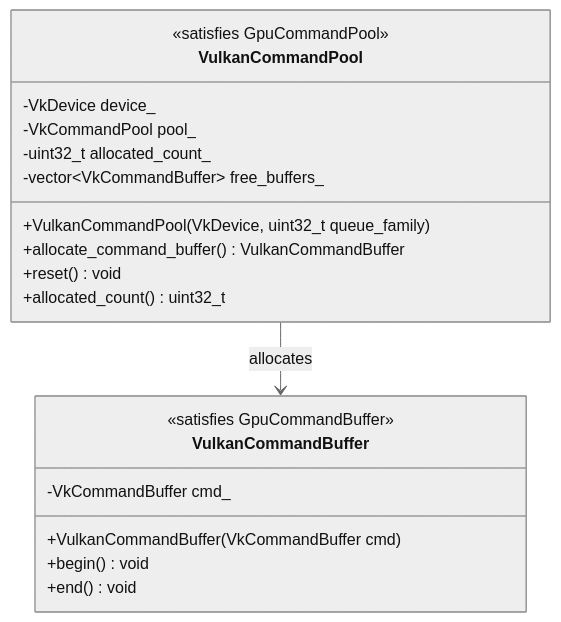
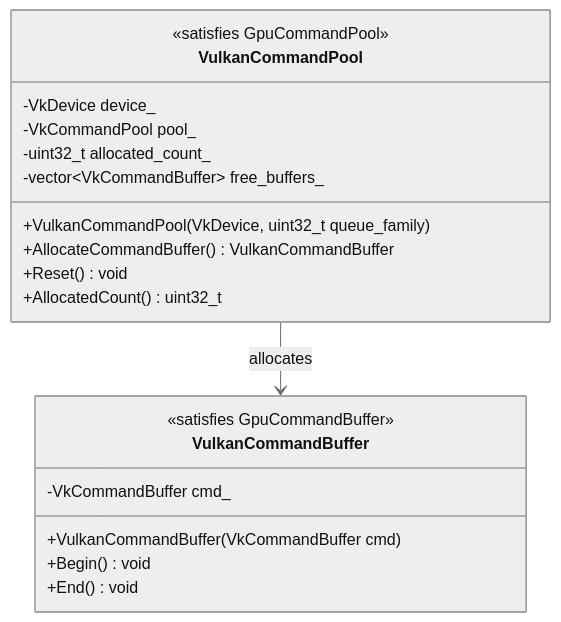
One commit to harmonius-dev/harmonius changed diagram 11 of 34 in docs/design/gpu-backend-vulkan-classes.md. Above: the diagram before and after it, drawn with Mermaid (neutral theme). The commit also changed other lines of this file and 67 other files, not shown here.

````diff
--- a/docs/design/gpu-backend-vulkan-classes.md
+++ b/docs/design/gpu-backend-vulkan-classes.md
@@ -531,23 +531,23 @@
 ```mermaid
 classDiagram
     class VulkanCommandPool {
         <<satisfies GpuCommandPool>>
         -VkDevice device_
         -VkCommandPool pool_
         -uint32_t allocated_count_
         -vector~VkCommandBuffer~ free_buffers_
         +VulkanCommandPool(VkDevice, uint32_t queue_family)
-        +allocate_command_buffer() VulkanCommandBuffer
-        +reset() void
-        +allocated_count() uint32_t
+        +AllocateCommandBuffer() VulkanCommandBuffer
+        +Reset() void
+        +AllocatedCount() uint32_t
     }
     class VulkanCommandBuffer {
         <<satisfies GpuCommandBuffer>>
         -VkCommandBuffer cmd_
         +VulkanCommandBuffer(VkCommandBuffer cmd)
-        +begin() void
-        +end() void
+        +Begin() void
+        +End() void
     }
 
     VulkanCommandPool --> VulkanCommandBuffer : allocates
 ```
````
